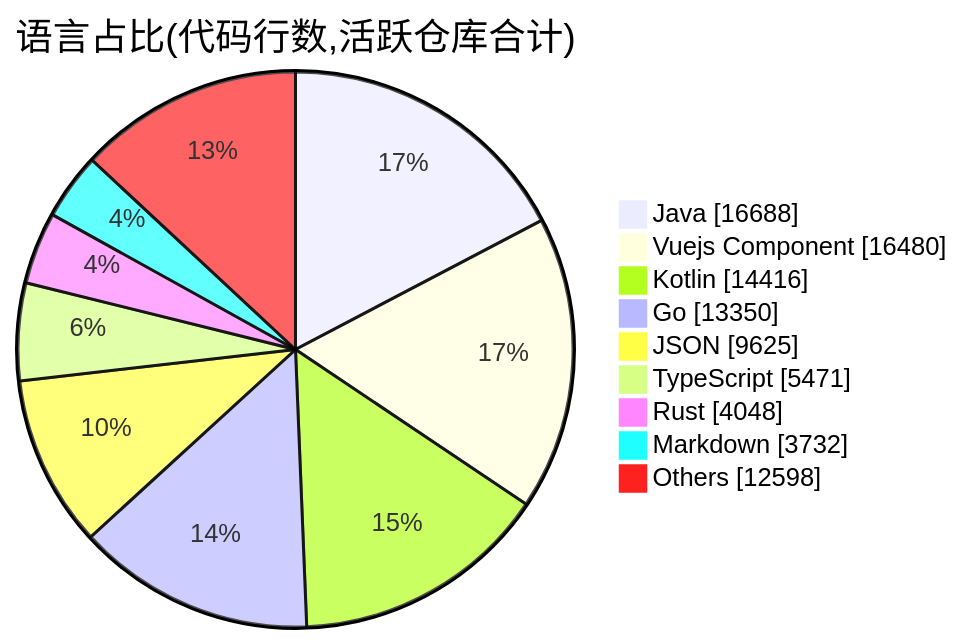
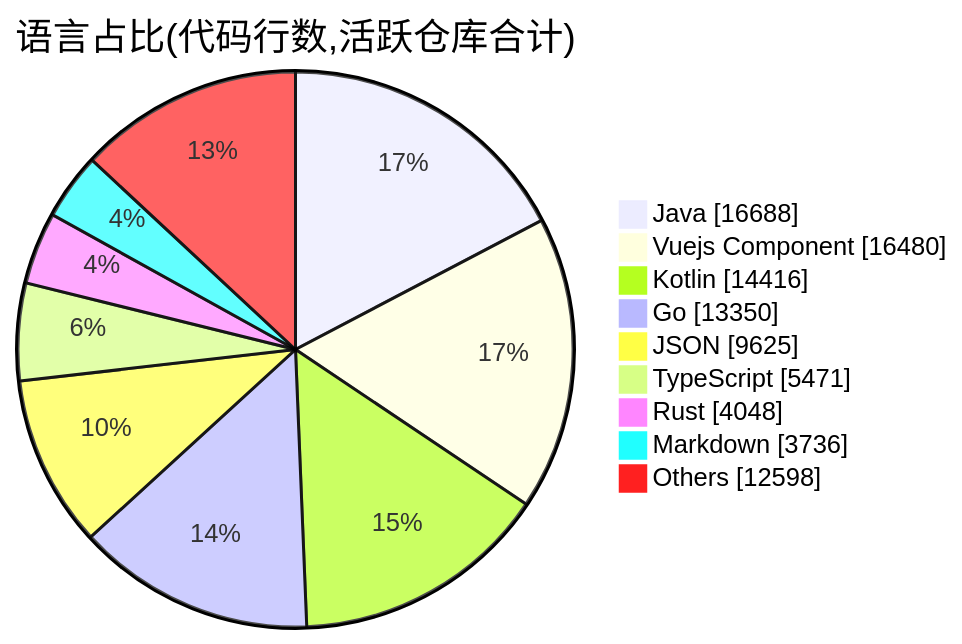
One commit to Conflux-Union/.github changed the second of 2 diagrams in profile/README.md. Above: the diagram before and after it, drawn with Mermaid. The commit also changed other lines of this file and 1 other file, not shown here.

````diff
--- a/profile/README.md
+++ b/profile/README.md
@@ -74,13 +74,13 @@
 ```mermaid
 pie showData
     title 语言占比(代码行数,活跃仓库合计)
     "Java" : 16688
     "Vuejs Component" : 16480
     "Kotlin" : 14416
     "Go" : 13350
     "JSON" : 9625
     "TypeScript" : 5471
     "Rust" : 4048
-    "Markdown" : 3732
+    "Markdown" : 3736
     "Others" : 12598
 ```
````
